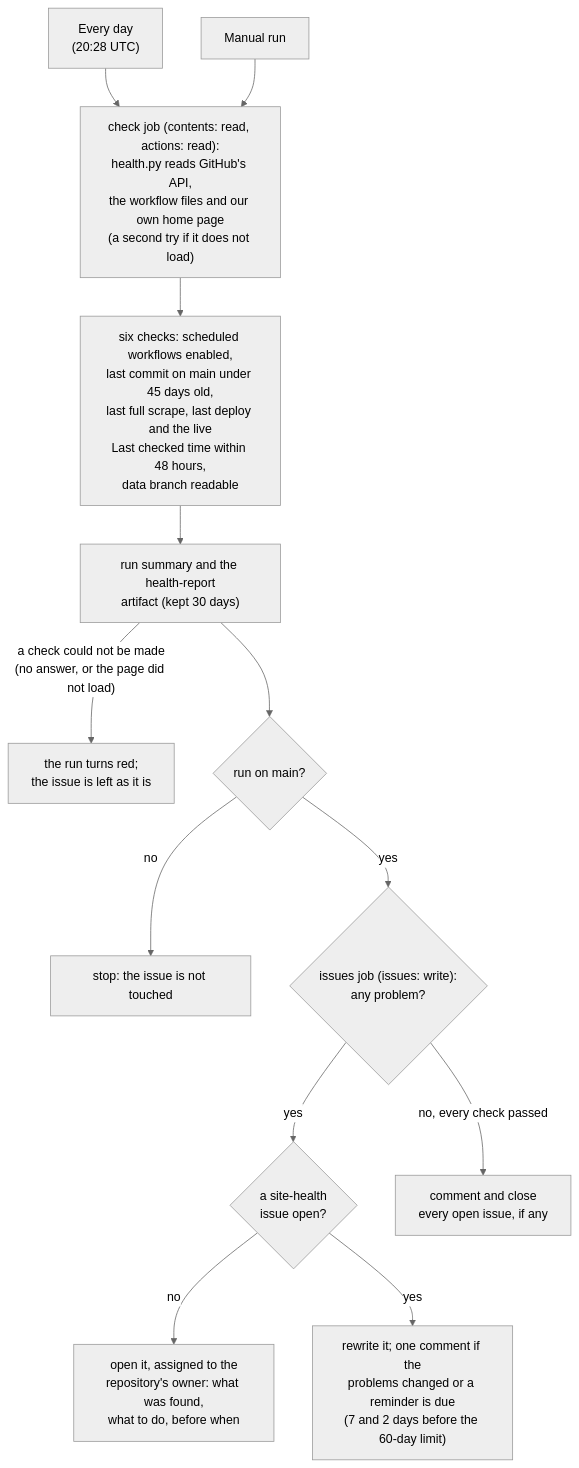
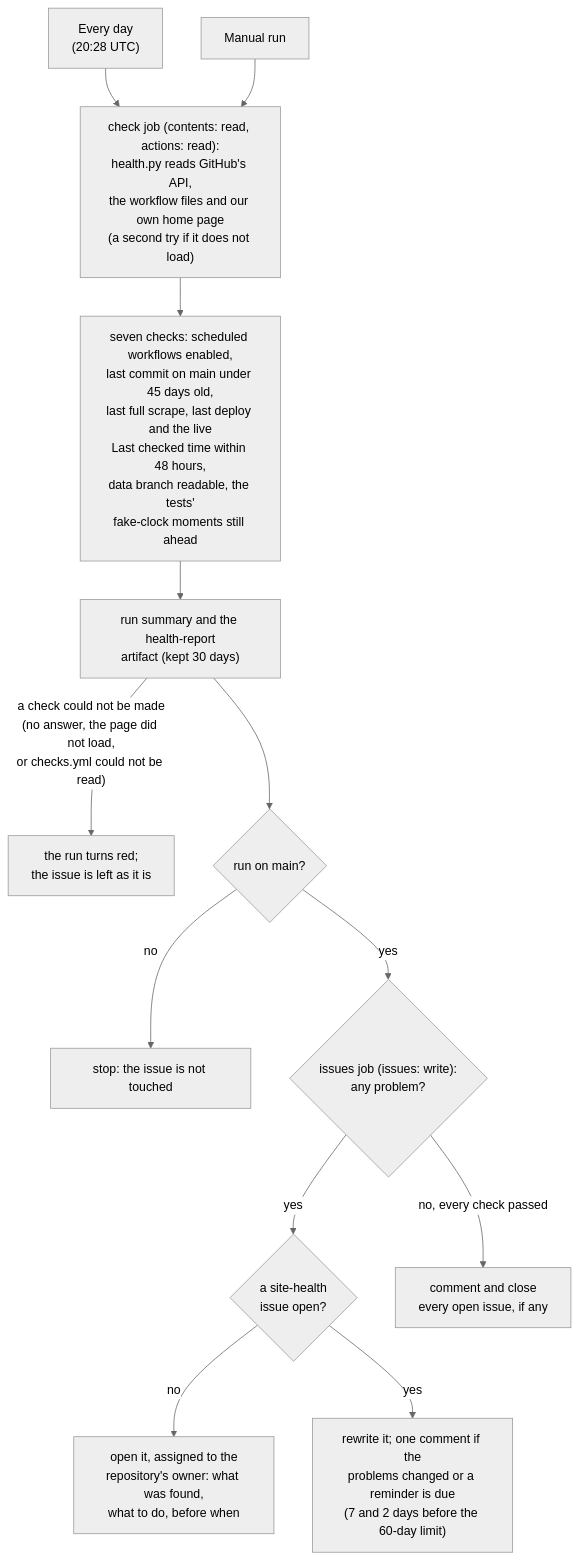
One commit to jacksonmote/DePauw-vs-Wabash-web changed the sixth of 6 diagrams in README.md. Above: the diagram before and after it, drawn with Mermaid (neutral theme). The commit also changed other lines of this file and 8 other files, not shown here.

First line of the commit message:
Move the fake-clock moments forward and have the health check watch them

````diff
--- a/README.md
+++ b/README.md
@@ -593,15 +593,15 @@
 ```mermaid
 flowchart TD
   T1["Every day<br/>(20:28 UTC)"] --> C
   T2["Manual run"] --> C
-  C["check job (contents: read, actions: read):<br/>health.py reads GitHub's API,<br/>the workflow files and our own home page<br/>(a second try if it does not load)"] --> K["six checks: scheduled workflows enabled,<br/>last commit on main under 45 days old,<br/>last full scrape, last deploy and the live<br/>Last checked time within 48 hours,<br/>data branch readable"]
+  C["check job (contents: read, actions: read):<br/>health.py reads GitHub's API,<br/>the workflow files and our own home page<br/>(a second try if it does not load)"] --> K["seven checks: scheduled workflows enabled,<br/>last commit on main under 45 days old,<br/>last full scrape, last deploy and the live<br/>Last checked time within 48 hours,<br/>data branch readable, the tests'<br/>fake-clock moments still ahead"]
   K --> R["run summary and the health-report<br/>artifact (kept 30 days)"]
-  R -- "a check could not be made<br/>(no answer, or the page did not load)" --> RED["the run turns red;<br/>the issue is left as it is"]
+  R -- "a check could not be made<br/>(no answer, the page did not load,<br/>or checks.yml could not be read)" --> RED["the run turns red;<br/>the issue is left as it is"]
   R --> M{"run on main?"}
   M -- "no" --> X["stop: the issue is not touched"]
   M -- "yes" --> Q{"issues job (issues: write):<br/>any problem?"}
   Q -- "yes" --> O{"a site-health<br/>issue open?"}
   O -- "no" --> NEW["open it, assigned to the<br/>repository's owner: what was found,<br/>what to do, before when"]
   O -- "yes" --> UPD["rewrite it; one comment if the<br/>problems changed or a reminder is due<br/>(7 and 2 days before the 60-day limit)"]
   Q -- "no, every check passed" --> CL["comment and close<br/>every open issue, if any"]
 ```
````
